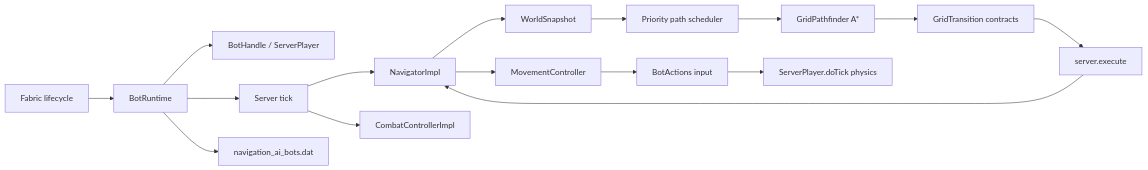
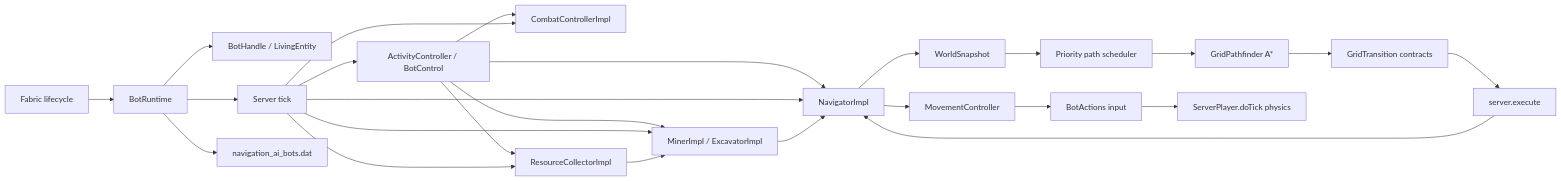
One commit to Arthur32132/navigation-ai changed the diagram in docs/ARCHITECTURE.md. Above: the diagram before and after it, drawn with Mermaid. The commit also changed other lines of this file and 122 other files, not shown here.

````diff
--- a/docs/ARCHITECTURE.md
+++ b/docs/ARCHITECTURE.md
@@ -5,18 +14,27 @@
 ```mermaid
 flowchart LR
     L[Fabric lifecycle] --> R[BotRuntime]
-    R --> H[BotHandle / ServerPlayer]
+    R --> H[BotHandle / LivingEntity]
     R --> T[Server tick]
+    T --> O[ActivityController / BotControl]
+    O --> N
+    O --> C
+    O --> RC
+    O --> MI
     T --> N[NavigatorImpl]
     T --> C[CombatControllerImpl]
+    T --> RC[ResourceCollectorImpl]
+    T --> MI[MinerImpl / ExcavatorImpl]
+    RC --> MI
+    MI --> N
     N --> S[WorldSnapshot]
     S --> E[Priority path scheduler]
     E --> A[GridPathfinder A*]
     A --> G[GridTransition contracts]
     G --> X[server.execute]
     X --> N
     N --> M[MovementController]
     M --> I[BotActions input]
     I --> P[ServerPlayer.doTick physics]
     R --> D[navigation_ai_bots.dat]
 ```
````
